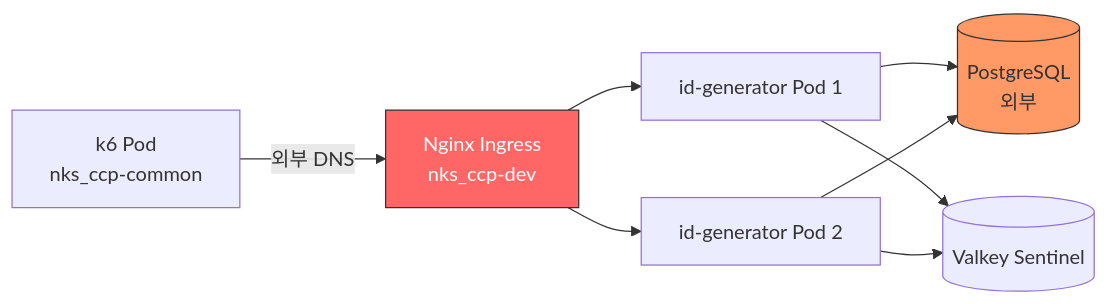
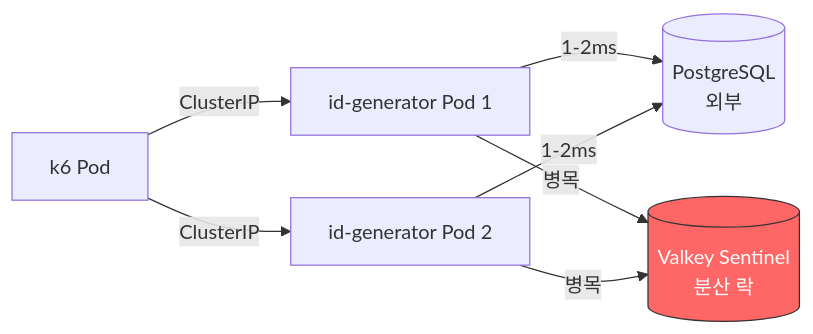
One commit to alanhakhyeonsong/id-generator changed the diagram in docs/load-test-report/20260412-load-test.md. Above: the diagram before and after it, drawn with Mermaid. The commit also changed other lines of this file, not shown here.

````diff
--- a/docs/load-test-report/20260412-load-test.md
+++ b/docs/load-test-report/20260412-load-test.md
@@ -127,13 +173,11 @@
 ```mermaid
 flowchart LR
-    k6[k6 Pod<br/>nks_ccp-common] -->|외부 DNS| Ingress[Nginx Ingress<br/>nks_ccp-dev]
-    Ingress --> Pod1[id-generator Pod 1]
-    Ingress --> Pod2[id-generator Pod 2]
-    Pod1 --> DB[(PostgreSQL<br/>외부)]
-    Pod1 --> Valkey[(Valkey Sentinel)]
-    Pod2 --> DB
-    Pod2 --> Valkey
+    k6[k6 Pod] -->|ClusterIP| Pod1[id-generator Pod 1]
+    k6 -->|ClusterIP| Pod2[id-generator Pod 2]
+    Pod1 -->|1-2ms| DB[(PostgreSQL<br/>외부)]
+    Pod1 -->|병목| Valkey[(Valkey Sentinel<br/>분산 락)]
+    Pod2 -->|1-2ms| DB
+    Pod2 -->|병목| Valkey
 
-    style Ingress fill:#f66,stroke:#333,color:#fff
-    style DB fill:#f96,stroke:#333
+    style Valkey fill:#f66,stroke:#333,color:#fff
 ```
````
